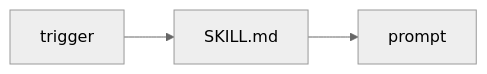
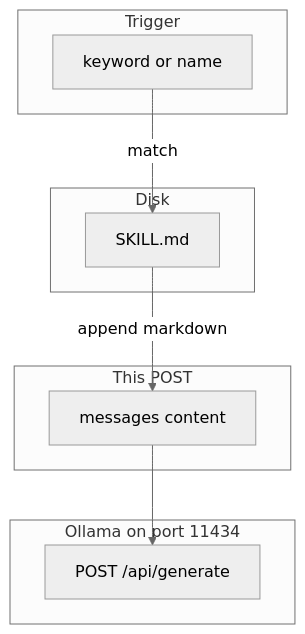
One commit to jacobbweber/AgenticAI-Labs changed the diagram in education/14_mcp/01_skills_and_plugins.md. Above: the diagram before and after it, drawn with Mermaid (neutral theme). The commit also changed other lines of this file, not shown here.

````diff
--- a/education/14_mcp/01_skills_and_plugins.md
+++ b/education/14_mcp/01_skills_and_plugins.md
@@ -26,5 +39,18 @@
 ```mermaid
-flowchart LR
-    T["trigger"] --> F["SKILL.md"]
-    F --> P["prompt"]
+flowchart TD
+    subgraph skill_trigger [Trigger]
+        T["keyword or name"]
+    end
+    subgraph skill_file [Disk]
+        F["SKILL.md"]
+    end
+    subgraph skill_post [This POST]
+        M["messages content"]
+    end
+    subgraph skill_host [Ollama on port 11434]
+        POST["POST /api/generate"]
+    end
+    T -->|"match"| F
+    F -->|"append markdown"| M
+    M --> POST
 ```
````
